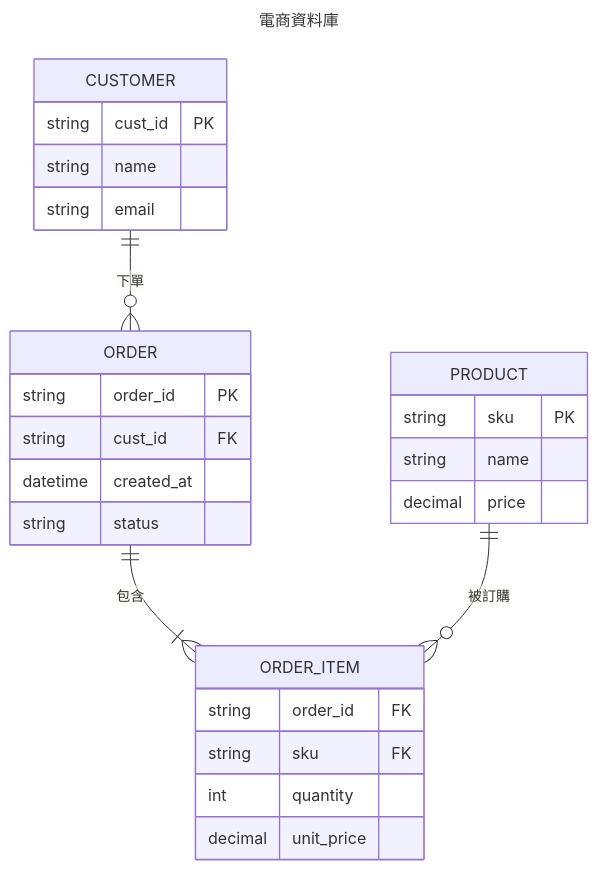
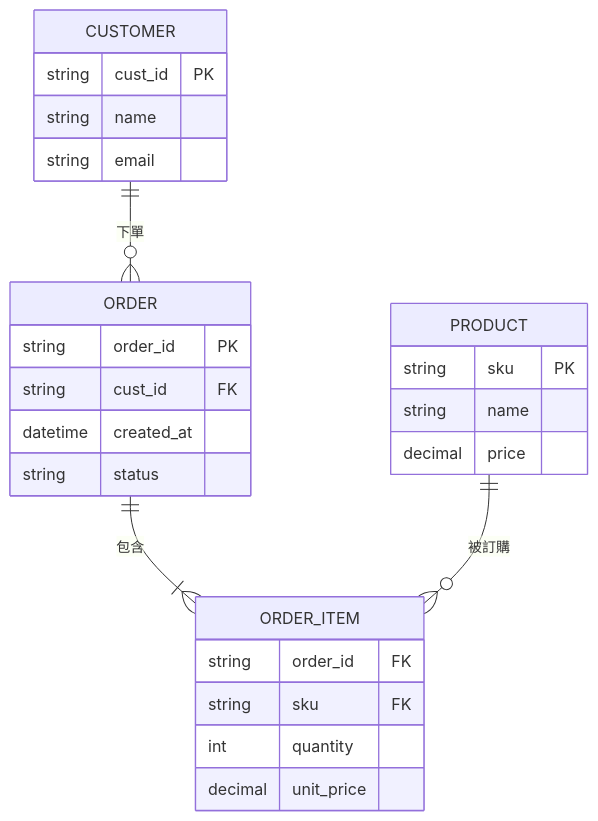
The fourth of 9 diagrams in examples/demo.md (markku636/vs-code-extension-super-mermaid), drawn with Mermaid before and after one commit. The commit also changed other lines of this file and 4 other files, not shown here.

First line of the commit message:
feat(editor): enable timeline form editor in the extension

````diff
--- a/examples/demo.md
+++ b/examples/demo.md
@@ -103,31 +102,28 @@
 ```mermaid
----
-title: 電商資料庫
----
 erDiagram
-    CUSTOMER ||--o{ ORDER : "下單"
-    ORDER ||--|{ ORDER_ITEM : "包含"
-    PRODUCT ||--o{ ORDER_ITEM : "被訂購"
+    CUSTOMER ||--o{ ORDER : 下單
+    ORDER ||--|{ ORDER_ITEM : 包含
+    PRODUCT ||--o{ ORDER_ITEM : 被訂購
     CUSTOMER {
         string cust_id PK
         string name
         string email
     }
     ORDER {
         string order_id PK
         string cust_id FK
         datetime created_at
         string status
     }
     ORDER_ITEM {
         string order_id FK
         string sku FK
         int quantity
         decimal unit_price
     }
     PRODUCT {
         string sku PK
         string name
         decimal price
     }
 ```
````
